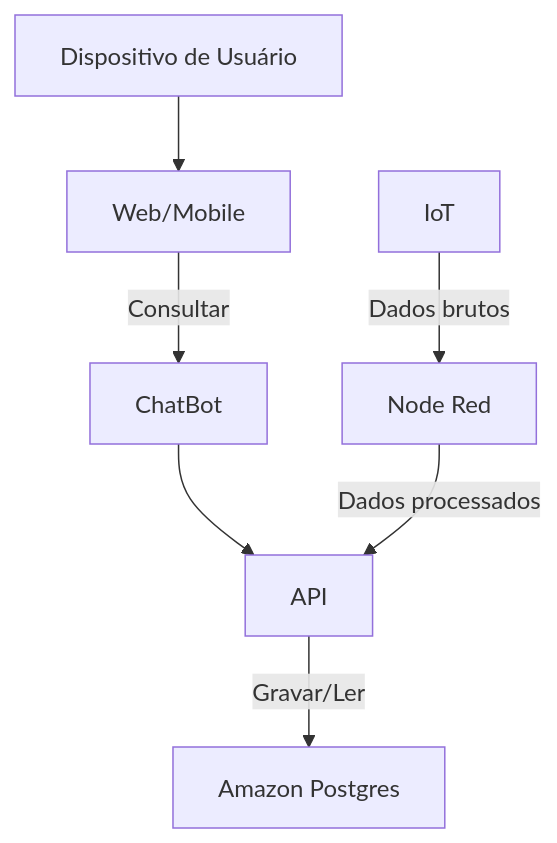
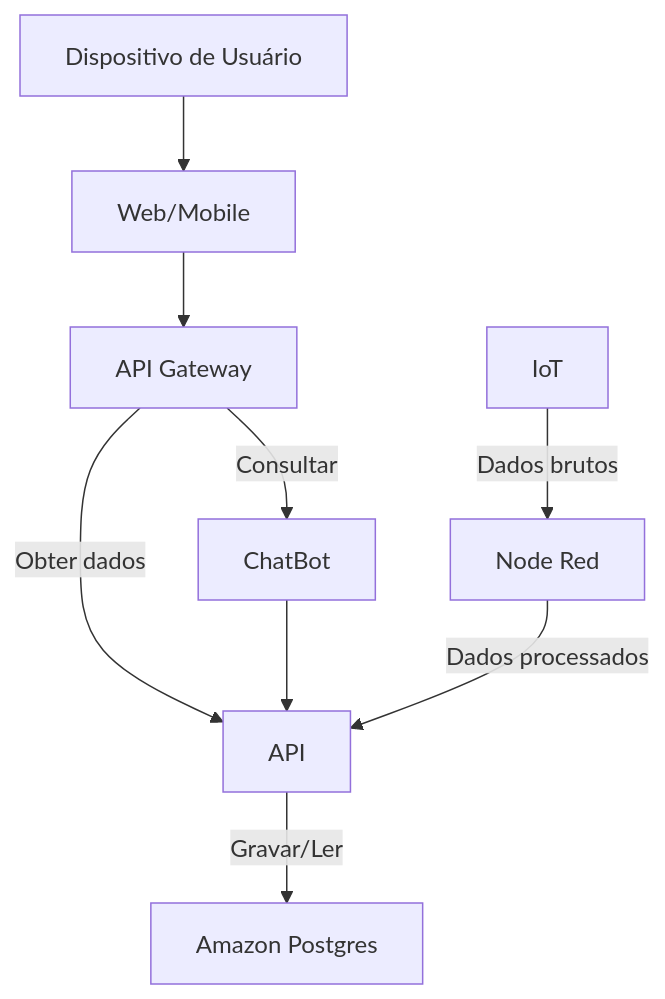
The diagram in Aws/README.md (GabrielPerosa/ProjetoReciclagem), drawn with Mermaid before and after one commit. The commit also changed other lines of this file, not shown here.

````diff
--- a/Aws/README.md
+++ b/Aws/README.md
@@ -4,16 +4,20 @@
 ```mermaid
 graph TD
     A[Dispositivo de Usuário]
     B[Web/Mobile]
+    W[API Gateway]
     C[ChatBot]
     D[API]
     E[Node Red]
     F[Amazon Postgres]
     H[IoT]
 
-    A --> B --> |Consultar| C
+    A --> B
+    B --> W
+    W --> |Obter dados| D
+    W --> |Consultar| C
     C --> D 
     D --> |Gravar/Ler| F
     H --> |Dados brutos| E --> |Dados processados| D
 
 ```
````
